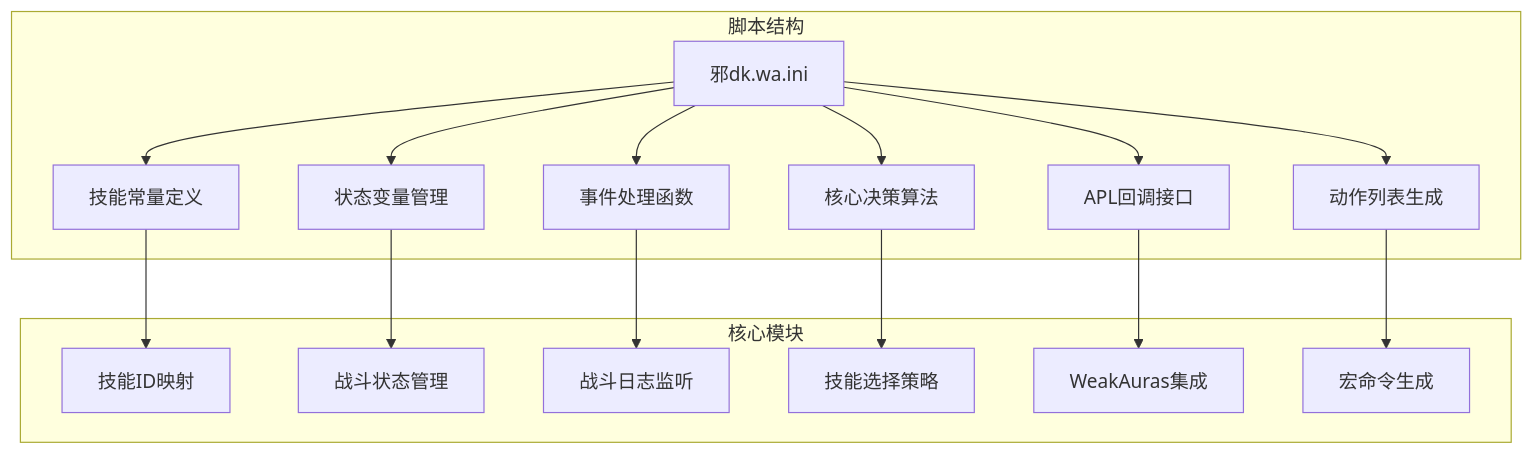
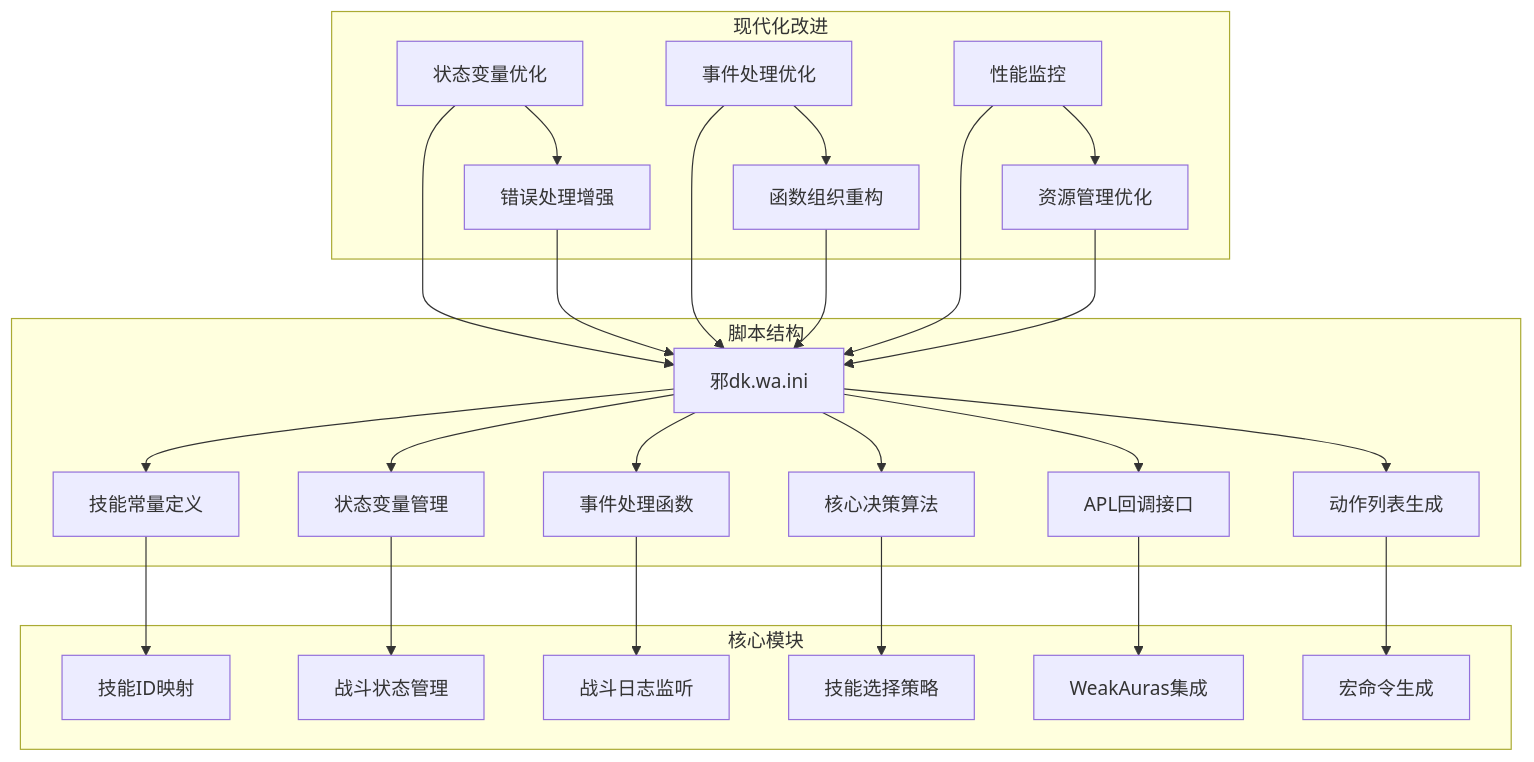
Before and after one commit to q89277718/WOW-For-MRF: the first of 8 diagrams in .qoder/repowiki/zh/content/技术架构/技术架构.md, drawn with Mermaid. The commit also changed other lines of this file and 61 other files, not shown here.

````diff
--- a/.qoder/repowiki/zh/content/技术架构/技术架构.md
+++ b/.qoder/repowiki/zh/content/技术架构/技术架构.md
@@ -25,19 +39,30 @@
 ```mermaid
 graph TB
 subgraph "脚本结构"
 A[邪dk.wa.ini] --> B[技能常量定义]
 A --> C[状态变量管理]
 A --> D[事件处理函数]
 A --> E[核心决策算法]
 A --> F[APL回调接口]
 A --> G[动作列表生成]
 end
 subgraph "核心模块"
 B --> H[技能ID映射]
 C --> I[战斗状态管理]
 D --> J[战斗日志监听]
 E --> K[技能选择策略]
 F --> L[WeakAuras集成]
 G --> M[宏命令生成]
 end
+subgraph "现代化改进"
+N[状态变量优化] --> O[错误处理增强]
+P[事件处理优化] --> Q[函数组织重构]
+R[性能监控] --> S[资源管理优化]
+end
+N --> A
+O --> A
+P --> A
+Q --> A
+R --> A
+S --> A
 ```
````
